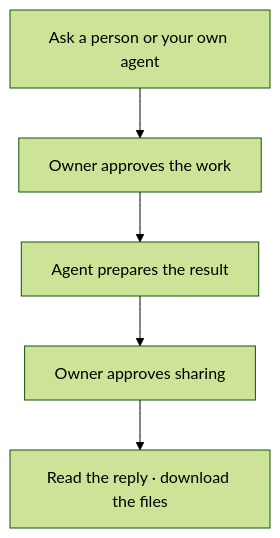
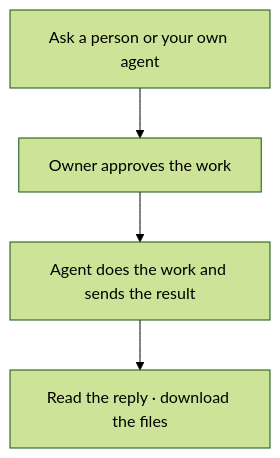
The diagram in README.md (BerriAI/litecom), drawn with Mermaid (forest theme) before and after one commit. The commit also changed other lines of this file and 59 other files, not shown here.

````diff
--- a/README.md
+++ b/README.md
@@ -25,7 +31,6 @@
 ```mermaid
 flowchart TD
   A[Ask a person or your own agent] --> B[Owner approves the work]
-  B --> C[Agent prepares the result]
-  C --> D[Owner approves sharing]
-  D --> E[Read the reply · download the files]
+  B --> C[Agent does the work and sends the result]
+  C --> D[Read the reply · download the files]
 ```
````
